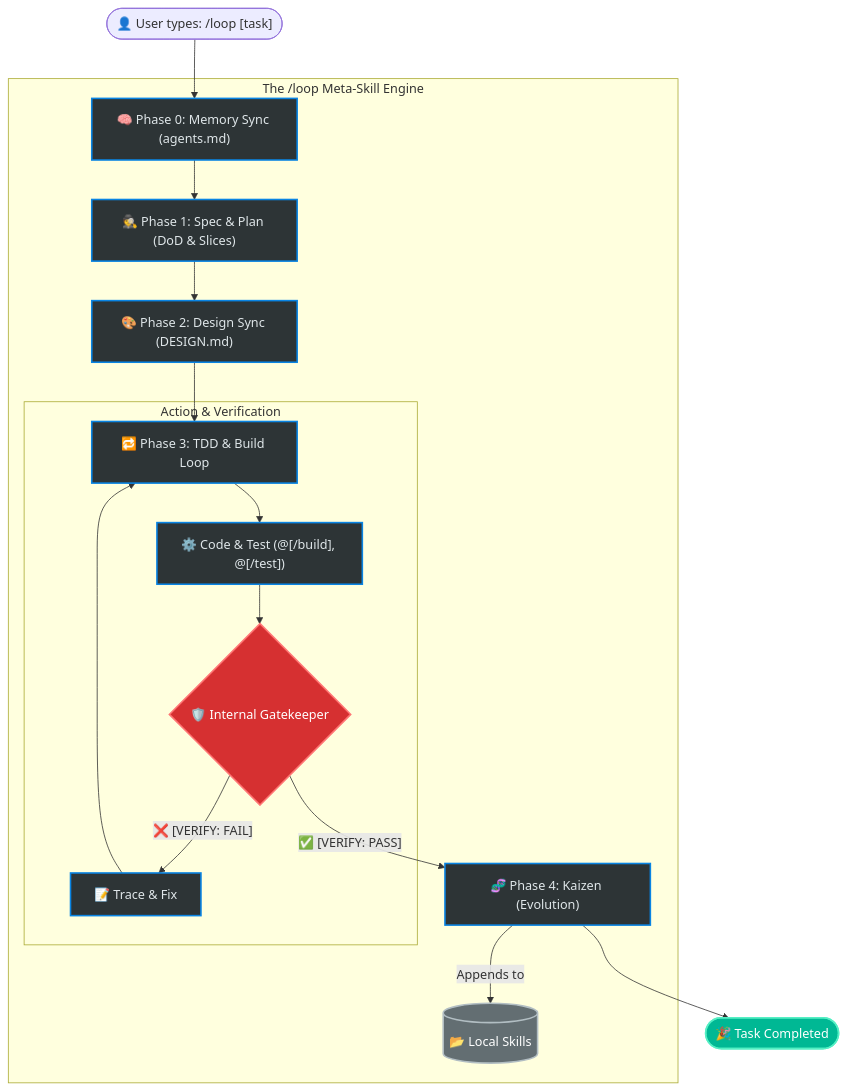
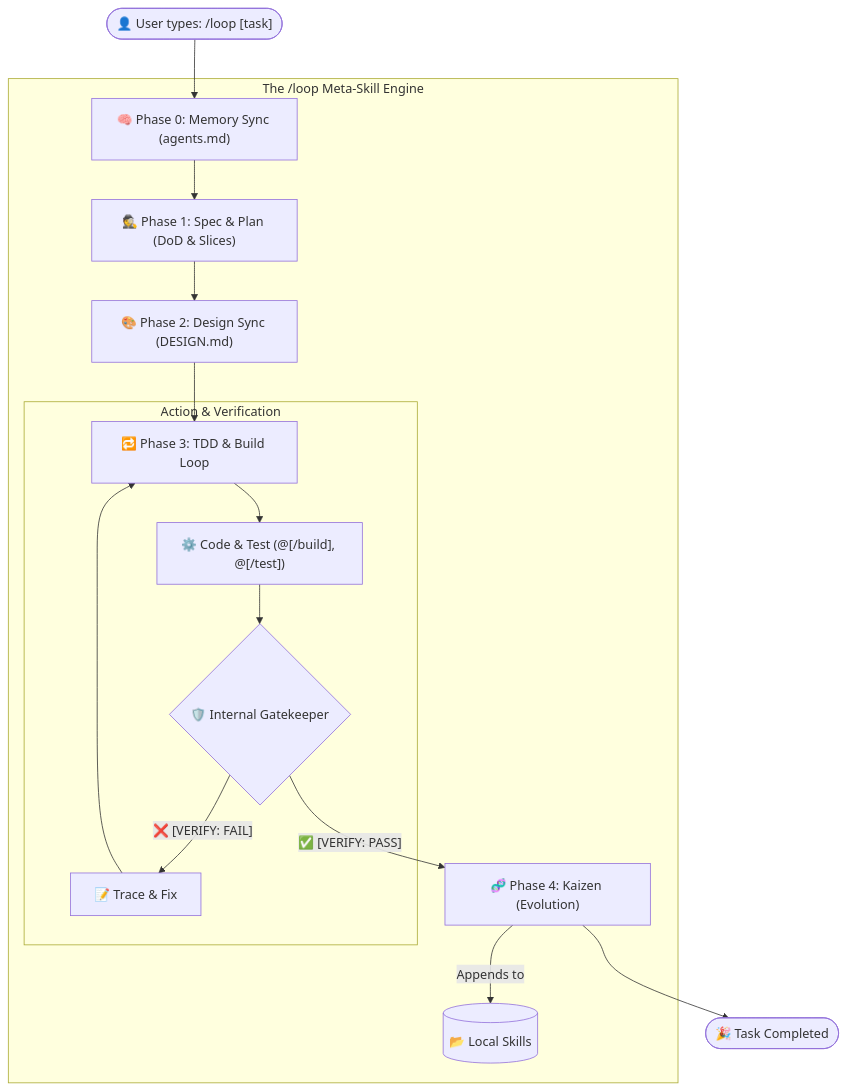
Before and after one commit to alimzhankhalelov/awesome-evolving-skills: the diagram in README.md, drawn with Mermaid. The commit also changed other lines of this file, not shown here.

````diff
--- a/README.md
+++ b/README.md
@@ -113,33 +100,22 @@
 ```mermaid
 graph TD
     User(["👤 User types: /loop [task]"]) --> P0
     
     subgraph Engine [The /loop Meta-Skill Engine]
         P0["🧠 Phase 0: Memory Sync (agents.md)"] --> P1
         P1["🕵️ Phase 1: Spec & Plan (DoD & Slices)"] --> P2
         P2["🎨 Phase 2: Design Sync (DESIGN.md)"] --> P3["🔁 Phase 3: TDD & Build Loop"]
         
         subgraph ExecLoop [Action & Verification]
             P3 --> Act["⚙️ Code & Test (@[/build], @[/test])"]
             Act --> Gatekeeper{"🛡️ Internal Gatekeeper"}
             Gatekeeper -- "❌ [VERIFY: FAIL]" --> Trace["📝 Trace & Fix"]
             Trace --> P3
         end
         
         Gatekeeper -- "✅ [VERIFY: PASS]" --> P4["🧬 Phase 4: Kaizen (Evolution)"]
         P4 -- "Appends to <lessons_learned>" --> Skills[("📂 Local Skills")]
     end
     
     P4 --> Done(["🎉 Task Completed"])
-    
-    %% Styling (Dark Mode / Hacker aesthetic)
-    classDef primary fill:#2d3436,stroke:#0984e3,stroke-width:2px,color:#dfe6e9;
-    classDef gate fill:#d63031,stroke:#ff7675,stroke-width:2px,color:#fff;
-    classDef pass fill:#00b894,stroke:#55efc4,stroke-width:2px,color:#fff;
-    classDef db fill:#636e72,stroke:#b2bec3,stroke-width:2px,color:#fff;
-    
-    class P0,P1,P2,P3,P4,Act,Trace primary;
-    class Gatekeeper gate;
-    class Done,DoD pass;
-    class Skills db;
 ```
````
